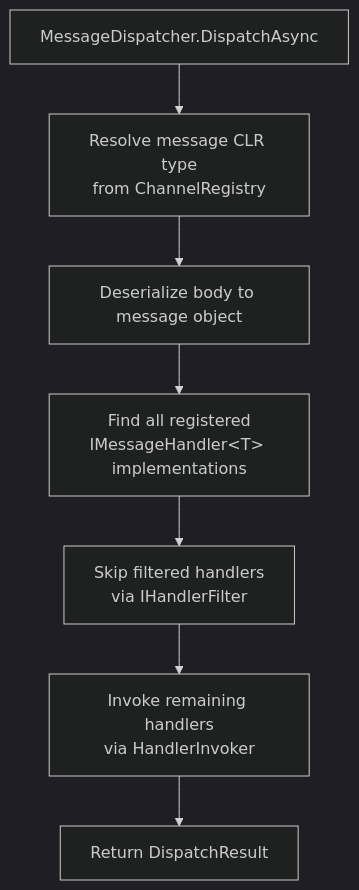
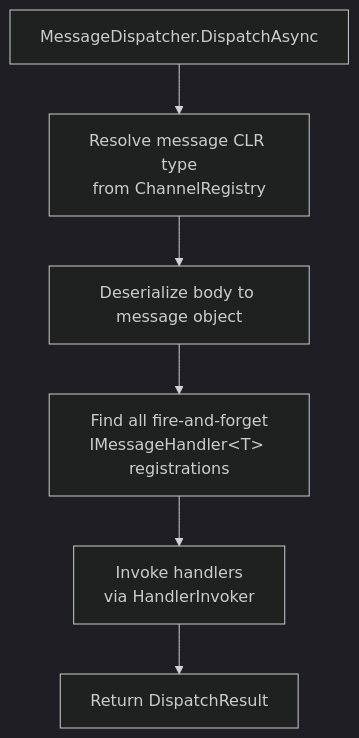
One commit to saithis/Ratatoskr changed the seventh of 9 diagrams in docs/architecture.md. Above: the diagram before and after it, drawn with Mermaid (dark theme). The commit also changed other lines of this file and 51 other files, not shown here.

````diff
--- a/docs/architecture.md
+++ b/docs/architecture.md
@@ -256,9 +252,8 @@
 ```mermaid
 flowchart TD
     D[MessageDispatcher.DispatchAsync] --> Resolve[Resolve message CLR type<br/>from ChannelRegistry]
     Resolve --> Deserialize[Deserialize body to message object]
-    Deserialize --> FindHandlers[Find all registered<br/>IMessageHandler&lt;T&gt; implementations]
-    FindHandlers --> SkipFiltered[Skip filtered handlers<br/>via IHandlerFilter]
-    SkipFiltered --> InvokeAll[Invoke remaining handlers<br/>via HandlerInvoker]
+    Deserialize --> FindHandlers[Find all fire-and-forget<br/>IMessageHandler&lt;T&gt; registrations]
+    FindHandlers --> InvokeAll[Invoke handlers<br/>via HandlerInvoker]
     InvokeAll --> ReturnResult[Return DispatchResult]
 ```
````
